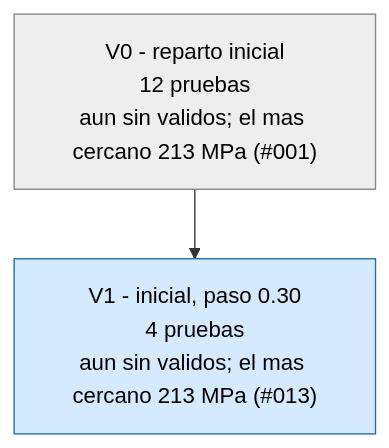
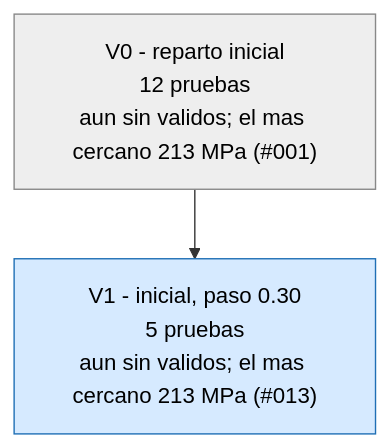
One commit to Hugiko/msd-soporte-optimizacion changed the first of 3 diagrams in runs/opt_37800N/ARBOL.md. Above: the diagram before and after it, drawn with Mermaid. The commit also changed 14 other files, not shown here.

````diff
--- a/runs/opt_37800N/ARBOL.md
+++ b/runs/opt_37800N/ARBOL.md
@@ -9,9 +9,9 @@
 ```mermaid
 graph TD
 classDef activa fill:#d6eaff,stroke:#1f6fb5,color:#000
 classDef fin fill:#eeeeee,stroke:#888,color:#000
 classDef mejor fill:#c8f0c0,stroke:#1a9850,stroke-width:4px,color:#000
 V0["V0 - reparto inicial<br/>12 pruebas<br/>aun sin validos; el mas cercano 213 MPa (#001)"]:::fin
-V1["V1 - inicial, paso 0.30<br/>4 pruebas<br/>aun sin validos; el mas cercano 213 MPa (#013)"]:::activa
+V1["V1 - inicial, paso 0.30<br/>5 pruebas<br/>aun sin validos; el mas cercano 213 MPa (#013)"]:::activa
 V0 --> V1
 ```
````
